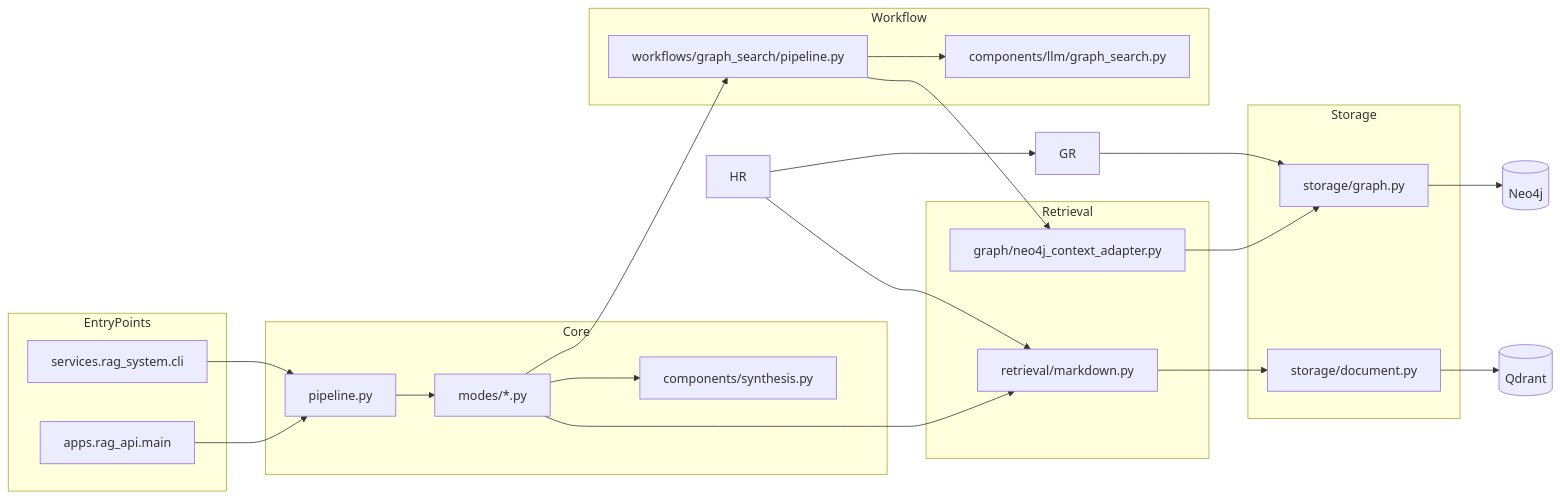
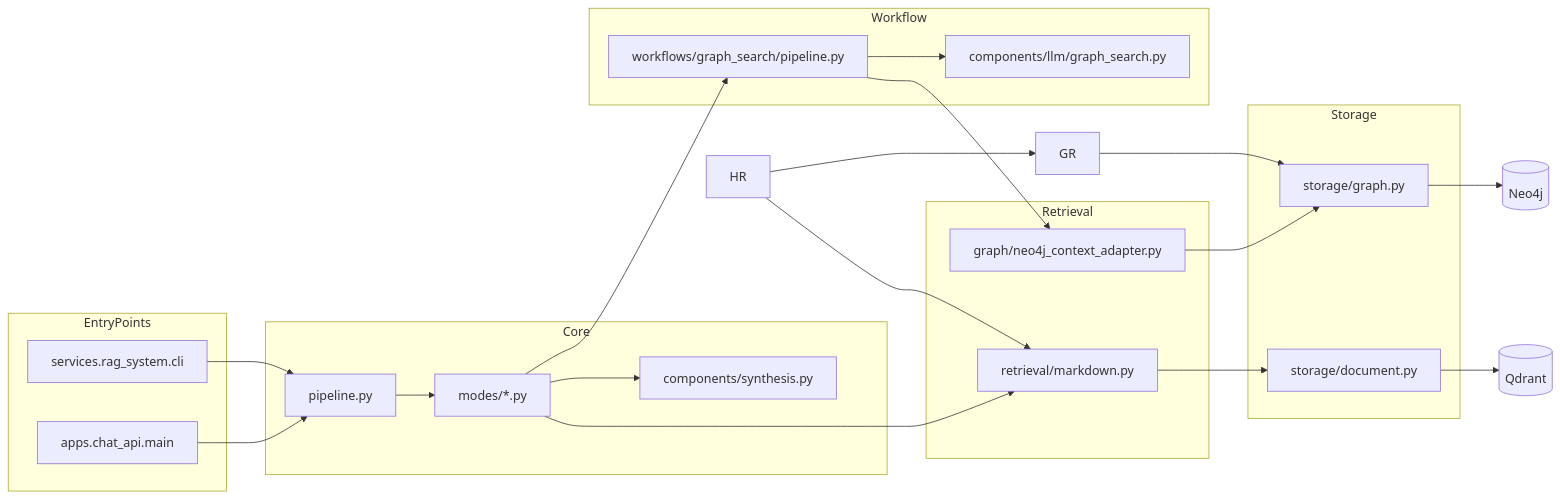
Before and after one commit to quyen20345/KGsAuto: the second of 8 diagrams in services/rag_system/README.md, drawn with Mermaid. The commit also changed other lines of this file and 72 other files, not shown here.

````diff
--- a/services/rag_system/README.md
+++ b/services/rag_system/README.md
@@ -114,48 +114,48 @@
 ```mermaid
 flowchart LR
     subgraph EntryPoints
         CLI[services.rag_system.cli]
-        API[apps.rag_api.main]
+        API[apps.chat_api.main]
     end
 
     subgraph Core
         U[pipeline.py]
         M[modes/*.py]
         S[components/synthesis.py]
     end
 
     subgraph Retrieval
         MR[retrieval/markdown.py]
 
         NA[graph/neo4j_context_adapter.py]
     end
 
     subgraph Storage
         DS[storage/document.py]
         GS[storage/graph.py]
     end
 
     subgraph Workflow
         WG[workflows/graph_search/pipeline.py]
         LC[components/llm/graph_search.py]
     end
 
     CLI --> U
     API --> U
 
     U --> M
     M --> MR
     M --> S
     M --> WG
 
     MR --> DS
     GR --> GS
     HR --> MR
     HR --> GR
     WG --> NA
     WG --> LC
     NA --> GS
 
     DS --> Q[(Qdrant)]
     GS --> N[(Neo4j)]
 ```
````
